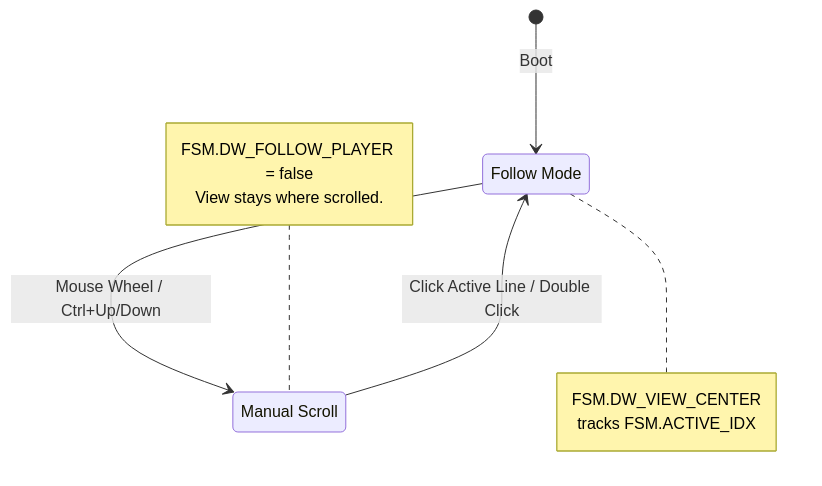
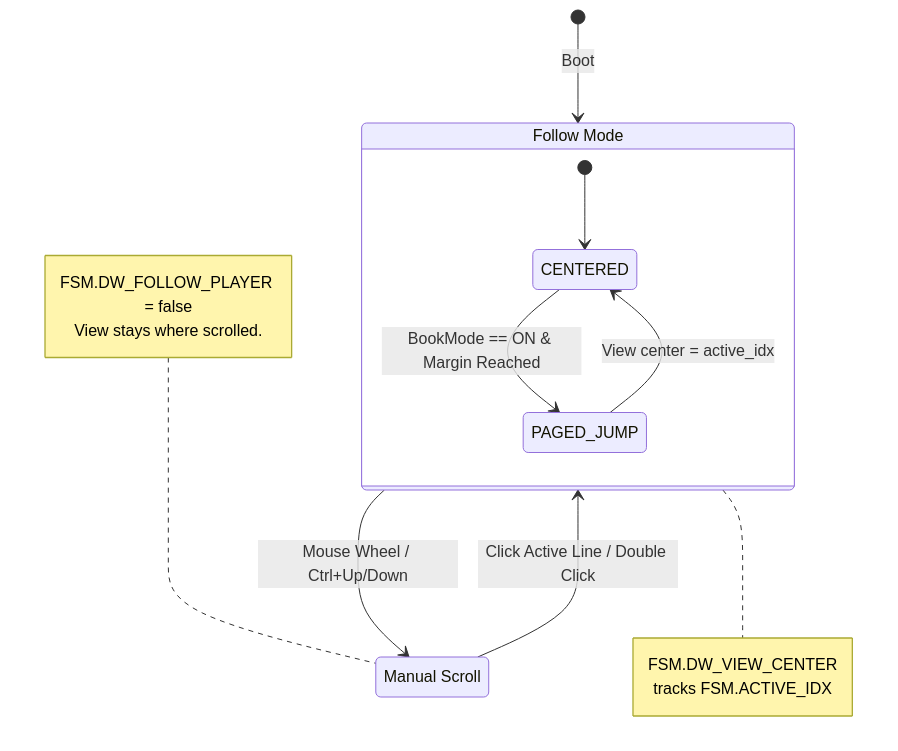
The seventh of 9 diagrams in openspec/specs/fsm-architecture/state-diagram.md (voothi/20260308110646-kardenwort-mpv), drawn with Mermaid before and after one commit. The commit also changed other lines of this file, not shown here.

````diff
--- a/openspec/specs/fsm-architecture/state-diagram.md
+++ b/openspec/specs/fsm-architecture/state-diagram.md
@@ -192,20 +192,26 @@
 ```mermaid
 stateDiagram-v2
     [*] --> FOLLOW_PLAYER : Boot
     
     state "Follow Mode" as FOLLOW_PLAYER
     state "Manual Scroll" as MANUAL_SCROLL
     
     FOLLOW_PLAYER --> MANUAL_SCROLL : Mouse Wheel / Ctrl+Up/Down
     MANUAL_SCROLL --> FOLLOW_PLAYER : Click Active Line / Double Click
+    
+    state FOLLOW_PLAYER {
+        [*] --> CENTERED
+        CENTERED --> PAGED_JUMP : BookMode == ON & Margin Reached
+        PAGED_JUMP --> CENTERED : View center = active_idx
+    }
     
     note right of FOLLOW_PLAYER
         FSM.DW_VIEW_CENTER 
         tracks FSM.ACTIVE_IDX
     end note
     
     note left of MANUAL_SCROLL
         FSM.DW_FOLLOW_PLAYER = false
         View stays where scrolled.
     end note
 ```
````
